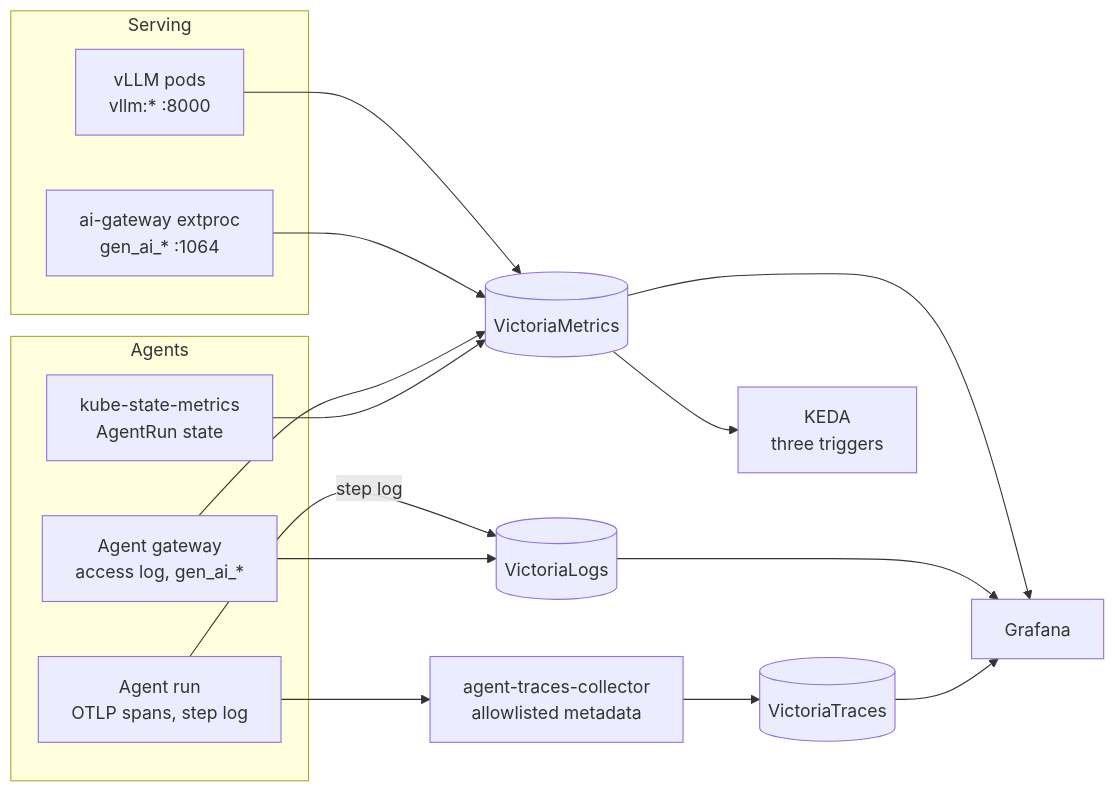
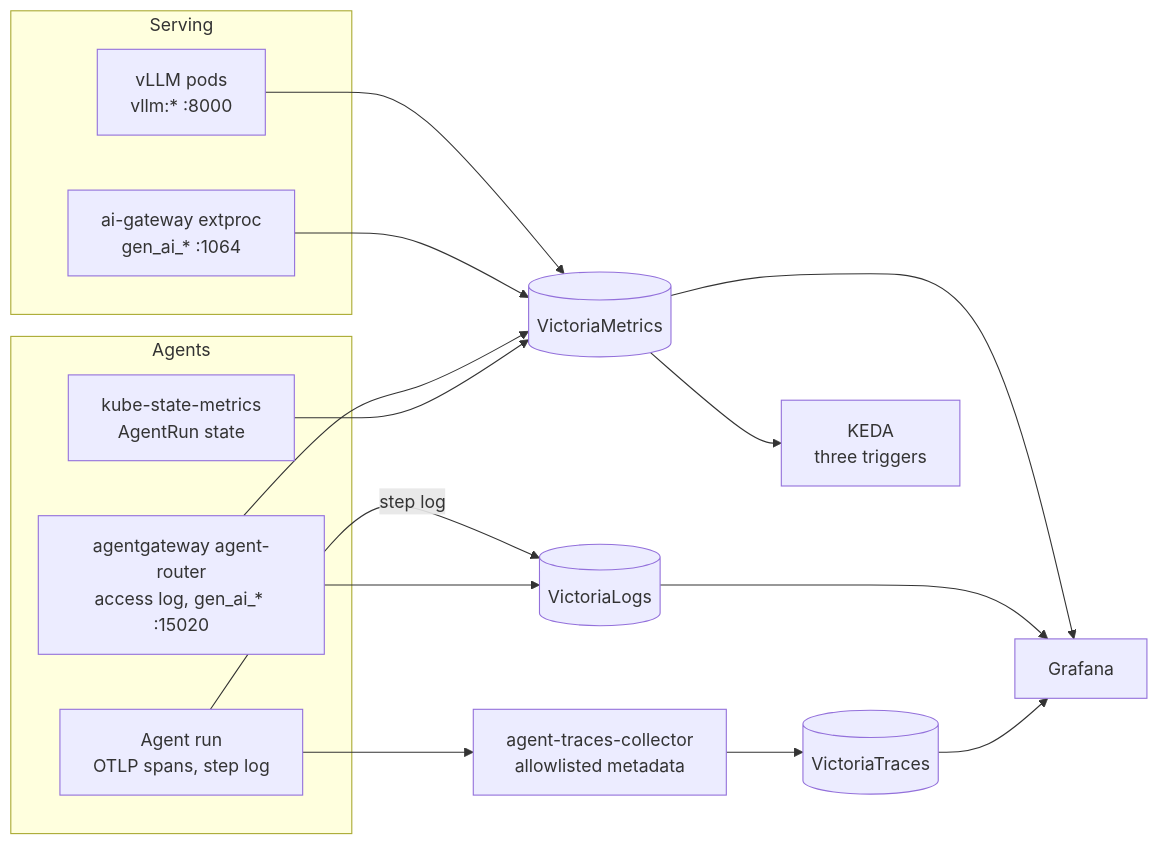
Before and after one commit to Smana/cloud-native-ref: the diagram in website/content/docs/platform/ai-platform/observability.md, drawn with Mermaid. The commit also changed other lines of this file and 10 other files, not shown here.

First line of the commit message:
docs(agents): describe the agent router on agentgateway after phase H (#2432)

````diff
--- a/website/content/docs/platform/ai-platform/observability.md
+++ b/website/content/docs/platform/ai-platform/observability.md
@@ -12,29 +12,29 @@
 ```mermaid
 flowchart LR
   subgraph serving["Serving"]
     V["vLLM pods<br/>vllm:* :8000"]
     AIG["ai-gateway extproc<br/>gen_ai_* :1064"]
   end
   subgraph agents["Agents"]
     RUN["Agent run<br/>OTLP spans, step log"]
-    AGW["Agent gateway<br/>access log, gen_ai_*"]
+    AGW["agentgateway agent-router<br/>access log, gen_ai_* :15020"]
     KSM["kube-state-metrics<br/>AgentRun state"]
   end
   VM[("VictoriaMetrics")]
   VL[("VictoriaLogs")]
   VT[("VictoriaTraces")]
   COL["agent-traces-collector<br/>allowlisted metadata"]
   KEDA["KEDA<br/>three triggers"]
   G["Grafana"]
   V --> VM
   AIG --> VM
   VM --> KEDA
   RUN --> COL --> VT
   RUN -->|step log| VL
   AGW --> VL
   AGW --> VM
   KSM --> VM
   VM --> G
   VL --> G
   VT --> G
 ```
````
